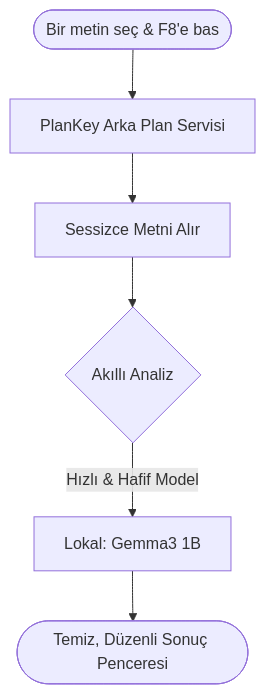
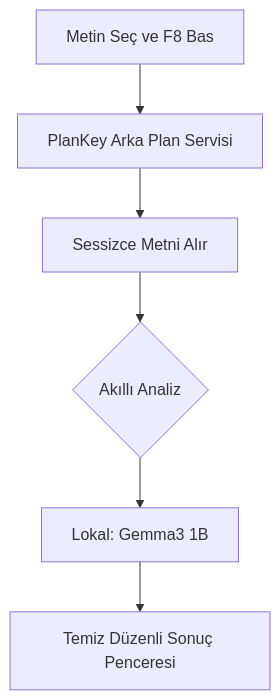
Before and after one commit to bessar2004/-PlanKey-: the diagram in README.md, drawn with Mermaid. The commit also changed other lines of this file, not shown here.

````diff
--- a/README.md
+++ b/README.md
@@ -45,8 +38,8 @@
 ```mermaid
 graph TD
-    Sen([Bir metin seç & F8'e bas]) --> Asistan[PlanKey Arka Plan Servisi]
-    Asistan --> Kopyalama[Sessizce Metni Alır]
-    Kopyalama --> YapayZeka{Akıllı Analiz}
-    YapayZeka -->|Hızlı & Hafif Model| Model[Lokal: Gemma3 1B]
-    Model --> EkranaYansit([Temiz, Düzenli Sonuç Penceresi])
+    Sen["Metin Seç ve F8 Bas"] --> Asistan["PlanKey Arka Plan Servisi"]
+    Asistan --> Kopyalama["Sessizce Metni Alır"]
+    Kopyalama --> YapayZeka{"Akıllı Analiz"}
+    YapayZeka --> Model["Lokal: Gemma3 1B"]
+    Model --> EkranaYansit["Temiz Düzenli Sonuç Penceresi"]
 ```
````
